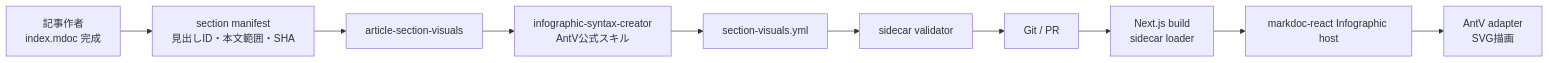
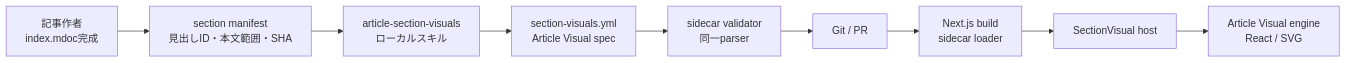
Before and after one commit to hskksk/podcaster: the diagram in docs/architecture/article-section-visuals.md, drawn with Mermaid. The commit also changed other lines of this file, not shown here.

Commit message:
docs(architecture): design custom article visual engine

````diff
--- a/docs/architecture/article-section-visuals.md
+++ b/docs/architecture/article-section-visuals.md
@@ -52,12 +56,11 @@
 ```mermaid
 flowchart LR
-  A["記事作者<br/>index.mdoc 完成"] --> B["section manifest<br/>見出しID・本文範囲・SHA"]
-  B --> C["article-section-visuals"]
-  C --> D["infographic-syntax-creator<br/>AntV公式スキル"]
-  D --> E["section-visuals.yml"]
-  E --> F["sidecar validator"]
-  F --> G["Git / PR"]
-  G --> H["Next.js build<br/>sidecar loader"]
-  H --> I["markdoc-react Infographic host"]
-  I --> J["AntV adapter<br/>SVG描画"]
+  A["記事作者<br/>index.mdoc完成"] --> B["section manifest<br/>見出しID・本文範囲・SHA"]
+  B --> C["article-section-visuals<br/>ローカルスキル"]
+  C --> D["section-visuals.yml<br/>Article Visual spec"]
+  D --> E["sidecar validator<br/>同一parser"]
+  E --> F["Git / PR"]
+  F --> G["Next.js build<br/>sidecar loader"]
+  G --> H["SectionVisual host"]
+  H --> I["Article Visual engine<br/>React / SVG"]
 ```
````
